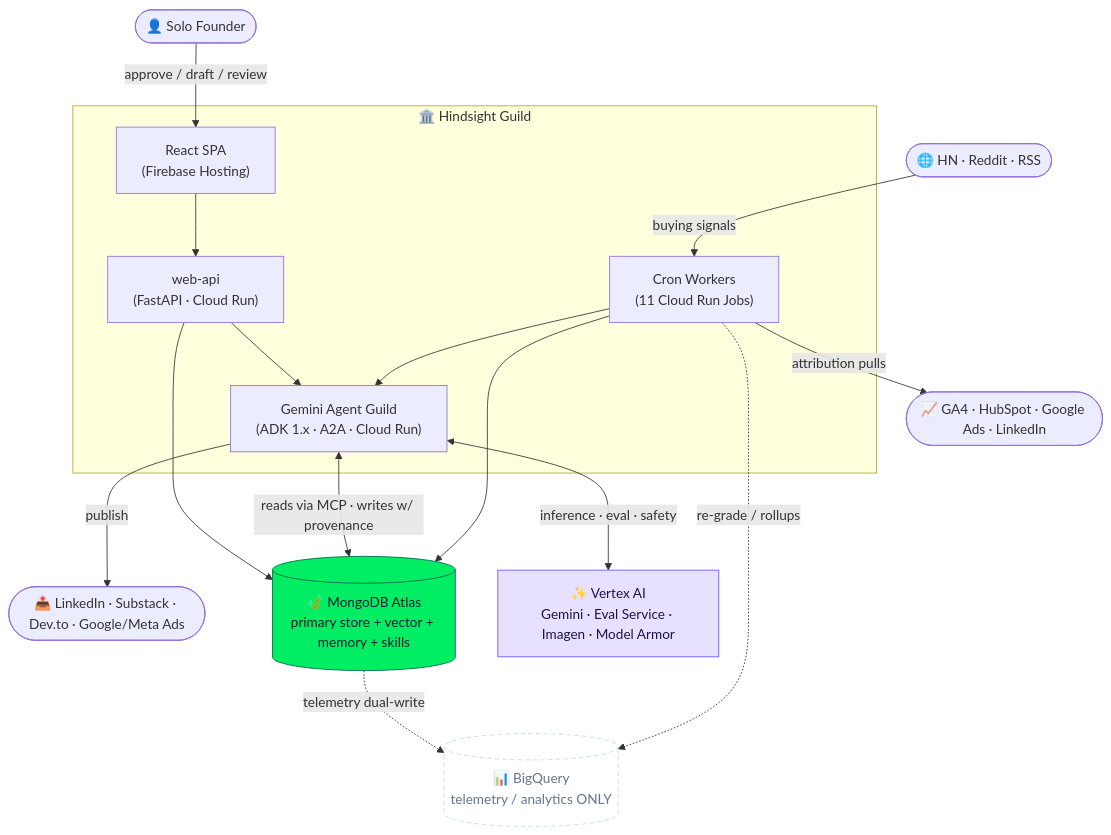
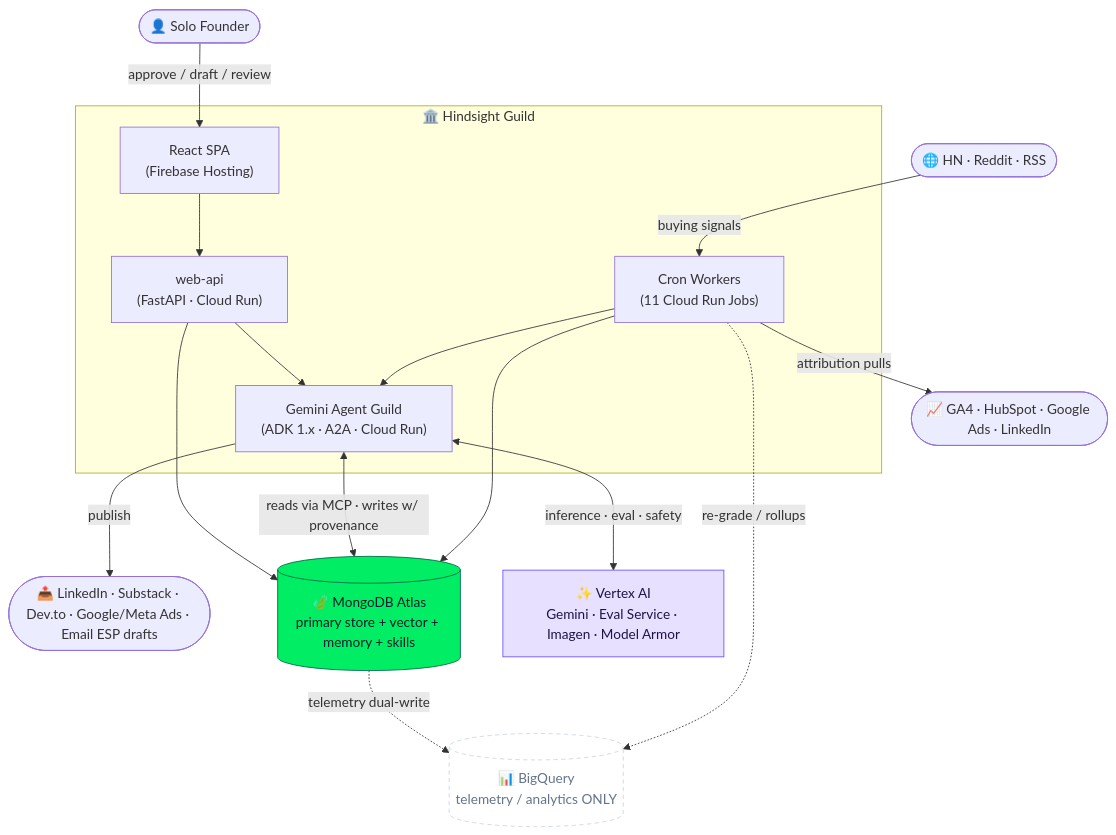
The first of 10 diagrams in docs/ARCHITECTURE.md (ichiorca/hindsight-guild), drawn with Mermaid before and after one commit. The commit also changed other lines of this file and 3 other files, not shown here.

````diff
--- a/docs/ARCHITECTURE.md
+++ b/docs/ARCHITECTURE.md
@@ -39,39 +39,39 @@
 ```mermaid
 flowchart TB
     Founder([👤 Solo Founder])
     SignalWorld([🌐 HN · Reddit · RSS])
-    Channels([📤 LinkedIn · Substack · Dev.to · Google/Meta Ads])
+    Channels([📤 LinkedIn · Substack · Dev.to · Google/Meta Ads · Email ESP drafts])
     AttrSrc([📈 GA4 · HubSpot · Google Ads · LinkedIn])
 
     subgraph HG["🏛️  Hindsight Guild"]
         UI["React SPA<br/>(Firebase Hosting)"]
         API["web-api<br/>(FastAPI · Cloud Run)"]
         Guild["Gemini Agent Guild<br/>(ADK 1.x · A2A · Cloud Run)"]
         Workers["Cron Workers<br/>(11 Cloud Run Jobs)"]
     end
 
     Atlas[("🍃 MongoDB Atlas<br/>primary store + vector + memory + skills")]
     Vertex["✨ Vertex AI<br/>Gemini · Eval Service · Imagen · Model Armor"]
     BQ[("📊 BigQuery<br/>telemetry / analytics ONLY")]
 
     Founder -->|approve / draft / review| UI
     SignalWorld -->|buying signals| Workers
     UI --> API
     API --> Guild
     API --> Atlas
     Guild <-->|reads via MCP · writes w/ provenance| Atlas
     Guild <-->|inference · eval · safety| Vertex
     Workers --> Guild
     Workers --> Atlas
     Workers -->|attribution pulls| AttrSrc
     Guild -->|publish| Channels
     Atlas -.->|telemetry dual-write| BQ
     Workers -.->|re-grade / rollups| BQ
 
     classDef store fill:#00ED64,stroke:#00684A,color:#001E2B;
     classDef ai fill:#E8E0FF,stroke:#6B4EFF,color:#1E1248;
     classDef dim fill:#FFF,stroke:#CBD5E1,color:#64748B,stroke-dasharray:5 4;
     class Atlas store
     class Vertex ai
     class BQ dim
 ```
````
